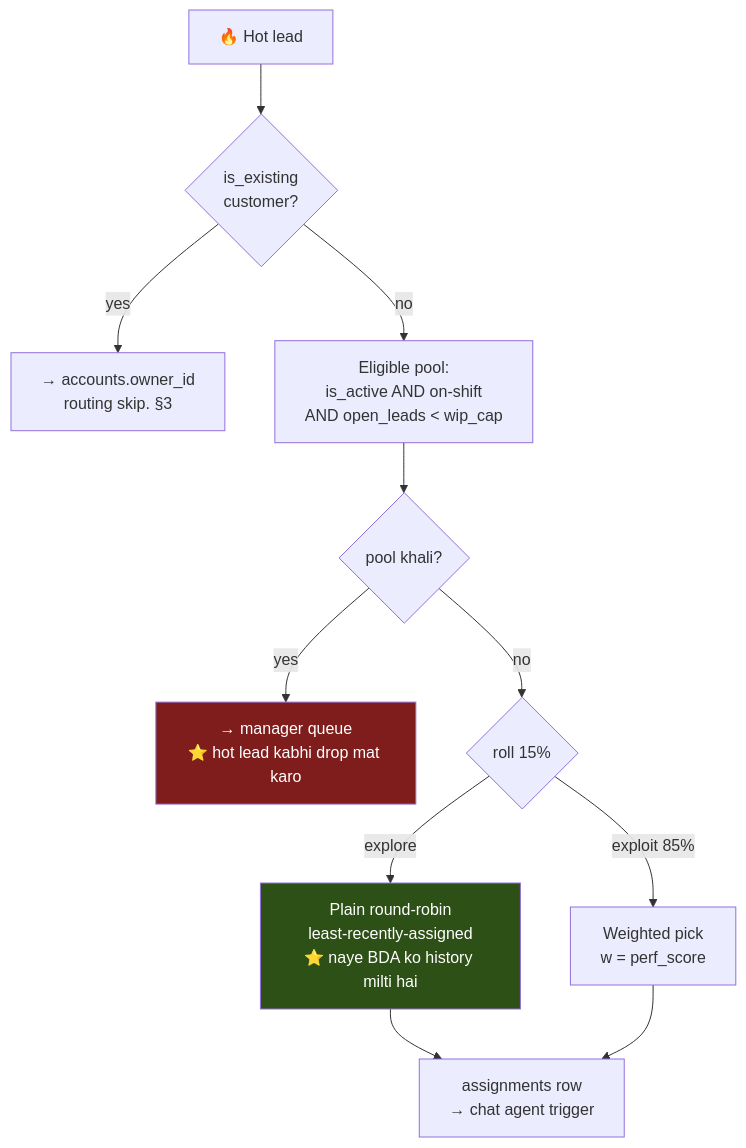
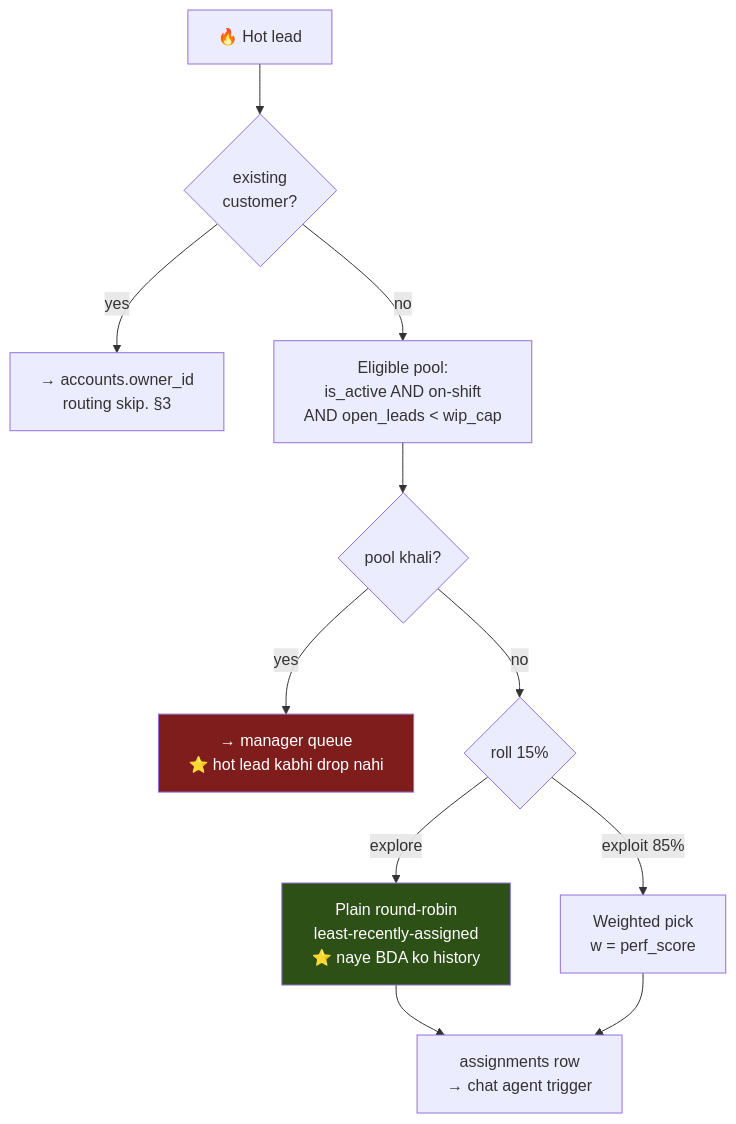
Before and after one commit to jitendra205saini/TwoWay_Ai_Agent: the third of 4 diagrams in TWOWAY.md, drawn with Mermaid. The commit also changed other lines of this file, not shown here.

````diff
--- a/TWOWAY.md
+++ b/TWOWAY.md
@@ -314,15 +367,15 @@
 ```mermaid
 flowchart TD
-    A["🔥 Hot lead"] --> B{"is_existing<br/>customer?"}
+    A["🔥 Hot lead"] --> B{"existing<br/>customer?"}
     B -->|yes| C["→ accounts.owner_id<br/>routing skip. §3"]
     B -->|no| D["Eligible pool:<br/>is_active AND on-shift<br/>AND open_leads &lt; wip_cap"]
     D --> E{"pool khali?"}
-    E -->|yes| F["→ manager queue<br/>⭐ hot lead kabhi drop mat karo"]
+    E -->|yes| F["→ manager queue<br/>⭐ hot lead kabhi drop nahi"]
     E -->|no| G{"roll 15%"}
-    G -->|explore| H["Plain round-robin<br/>least-recently-assigned<br/>⭐ naye BDA ko history milti hai"]
+    G -->|explore| H["Plain round-robin<br/>least-recently-assigned<br/>⭐ naye BDA ko history"]
     G -->|exploit 85%| I["Weighted pick<br/>w = perf_score"]
     H --> J["assignments row<br/>→ chat agent trigger"]
     I --> J
     style H fill:#2d5016,color:#fff
     style F fill:#7f1d1d,color:#fff
 ```
````
